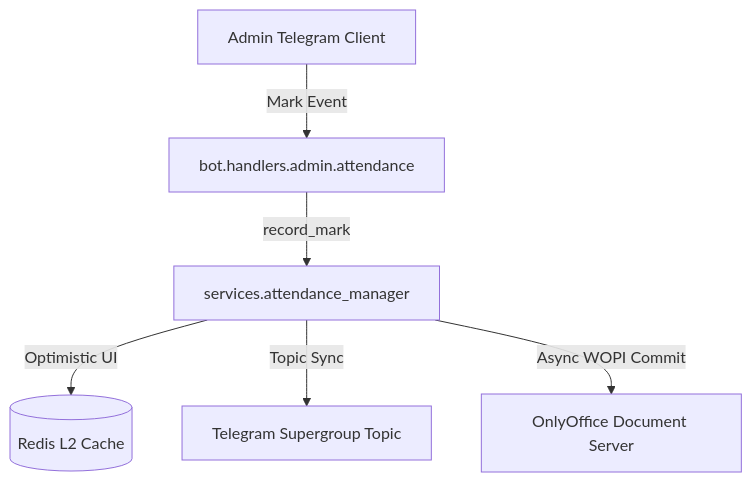
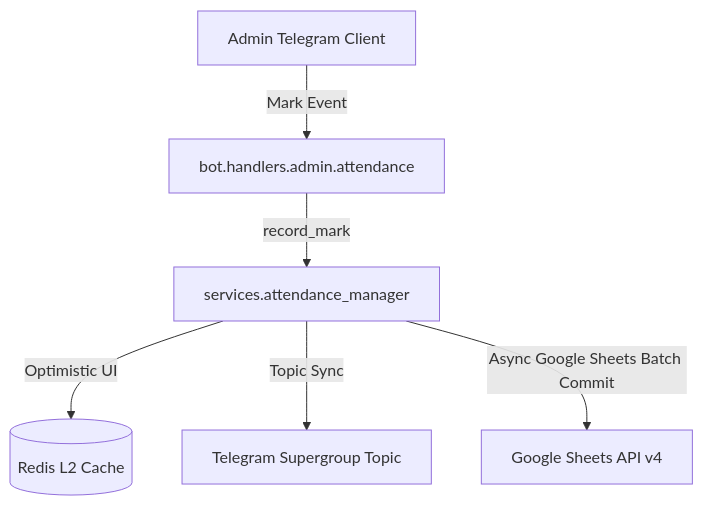
Before and after one commit to Utkautka1/para: the diagram in docs/services/attendance_manager.md, drawn with Mermaid. The commit also changed other lines of this file and 20 other files, not shown here.

````diff
--- a/docs/services/attendance_manager.md
+++ b/docs/services/attendance_manager.md
@@ -13,8 +13,8 @@
 ```mermaid
 graph TD
     A[Admin Telegram Client] -->|Mark Event| B[bot.handlers.admin.attendance]
     B -->|record_mark| C[services.attendance_manager]
     C -->|Optimistic UI| D[(Redis L2 Cache)]
     C -->|Topic Sync| E[Telegram Supergroup Topic]
-    C -->|Async WOPI Commit| F[OnlyOffice Document Server]
+    C -->|Async Google Sheets Batch Commit| F[Google Sheets API v4]
 ```
````
